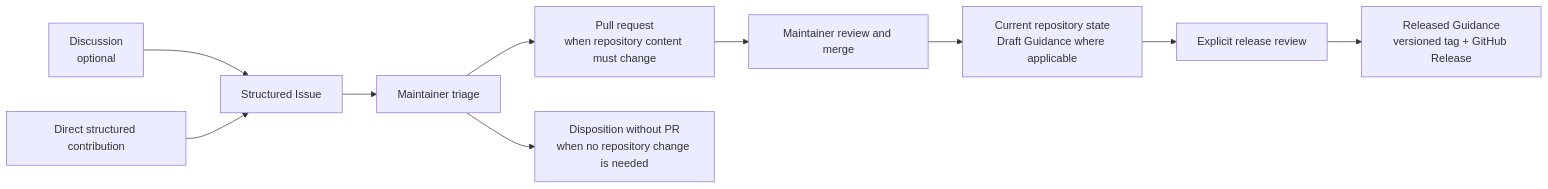
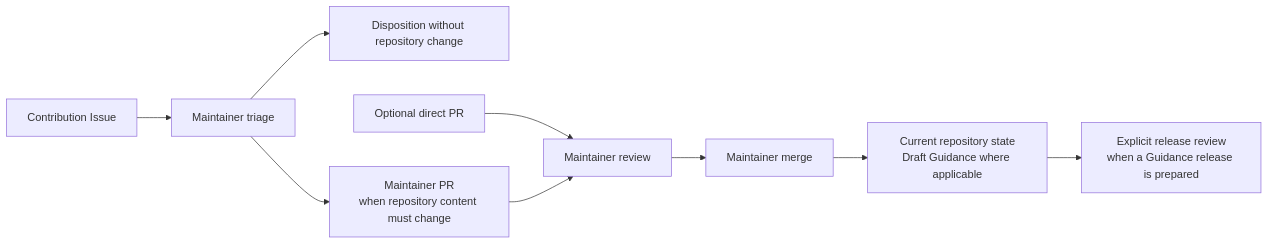
The first of 4 diagrams in GOVERNANCE.md (jvieille/ekr), drawn with Mermaid before and after one commit. The commit also changed other lines of this file and 10 other files, not shown here.

````diff
--- a/GOVERNANCE.md
+++ b/GOVERNANCE.md
@@ -50,12 +52,11 @@
 ```mermaid
 flowchart LR
-    D["Discussion<br/>optional"] --> I[Structured Issue]
-    X[Direct structured contribution] --> I
-    I --> T[Maintainer triage]
-    T --> P["Pull request<br/>when repository content must change"]
-    T --> N["Disposition without PR<br/>when no repository change is needed"]
-    P --> M[Maintainer review and merge]
+    I["Contribution Issue"] --> T[Maintainer triage]
+    T --> N["Disposition without repository change"]
+    T --> P["Maintainer PR<br/>when repository content must change"]
+    X["Optional direct PR"] --> R[Maintainer review]
+    P --> R
+    R --> M[Maintainer merge]
     M --> S["Current repository state<br/>Draft Guidance where applicable"]
-    S --> R[Explicit release review]
-    R --> G["Released Guidance<br/>versioned tag + GitHub Release"]
+    S --> G["Explicit release review<br/>when a Guidance release is prepared"]
 ```
````
